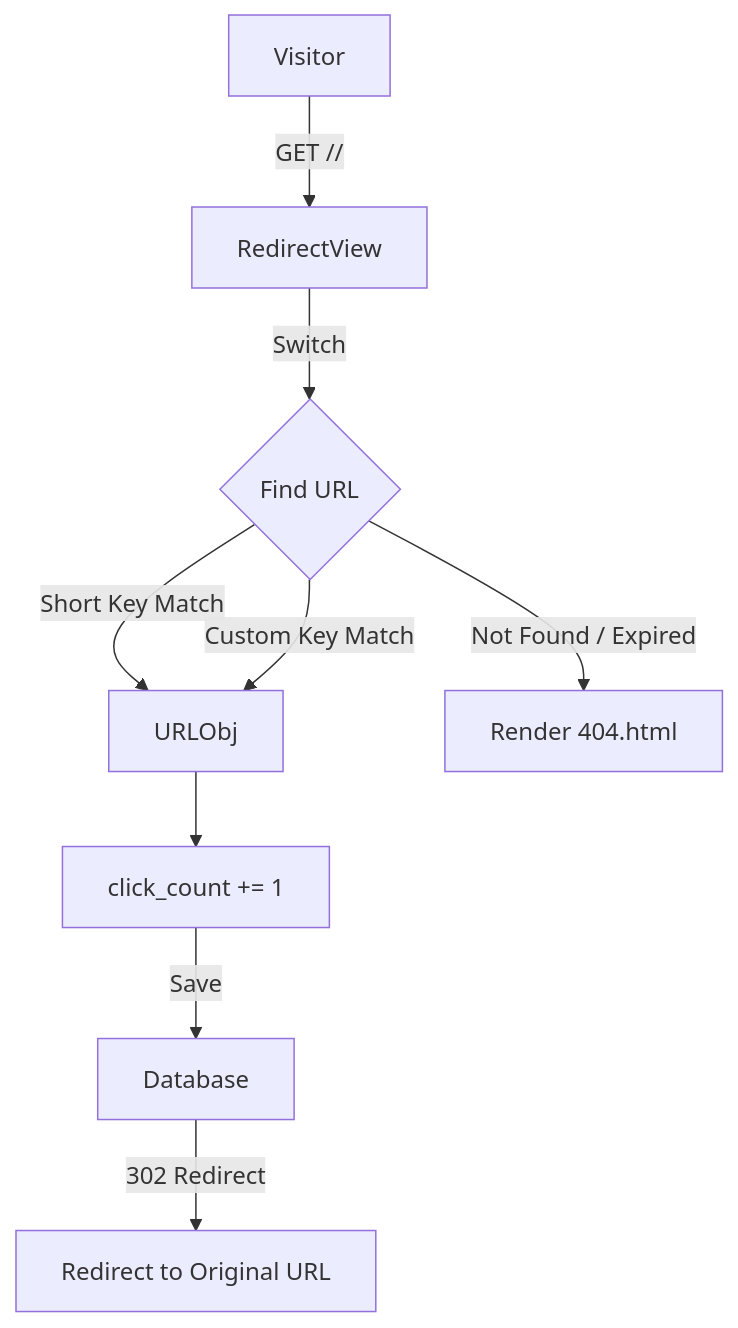
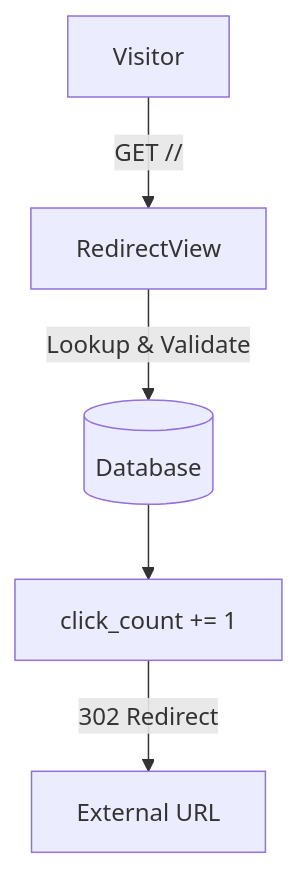
One commit to prachanda980/django-url-shortener changed the second of 2 diagrams in README.md. Above: the diagram before and after it, drawn with Mermaid. The commit also changed other lines of this file and 4 other files, not shown here.

````diff
--- a/README.md
+++ b/README.md
@@ -139,13 +65,7 @@
 ```mermaid
 graph TD
     Visitor["Visitor"] -->|GET /<short_code>/| RedirectView
-    RedirectView -->|Switch| Lookup{"Find URL"}
-    
-    Lookup -->|Short Key Match| URLObj
-    Lookup -->|Custom Key Match| URLObj
-    Lookup -->|Not Found / Expired| Show404["Render 404.html"]
-    
-    URLObj --> Increment["click_count += 1"]
-    Increment -->|Save| Database
-    Database -->|302 Redirect| OriginalURL["Redirect to Original URL"]
+    RedirectView -->|Lookup & Validate| DB[(Database)]
+    DB --> Increment["click_count += 1"]
+    Increment -->|302 Redirect| OriginalURL["External URL"]
 ```
````
